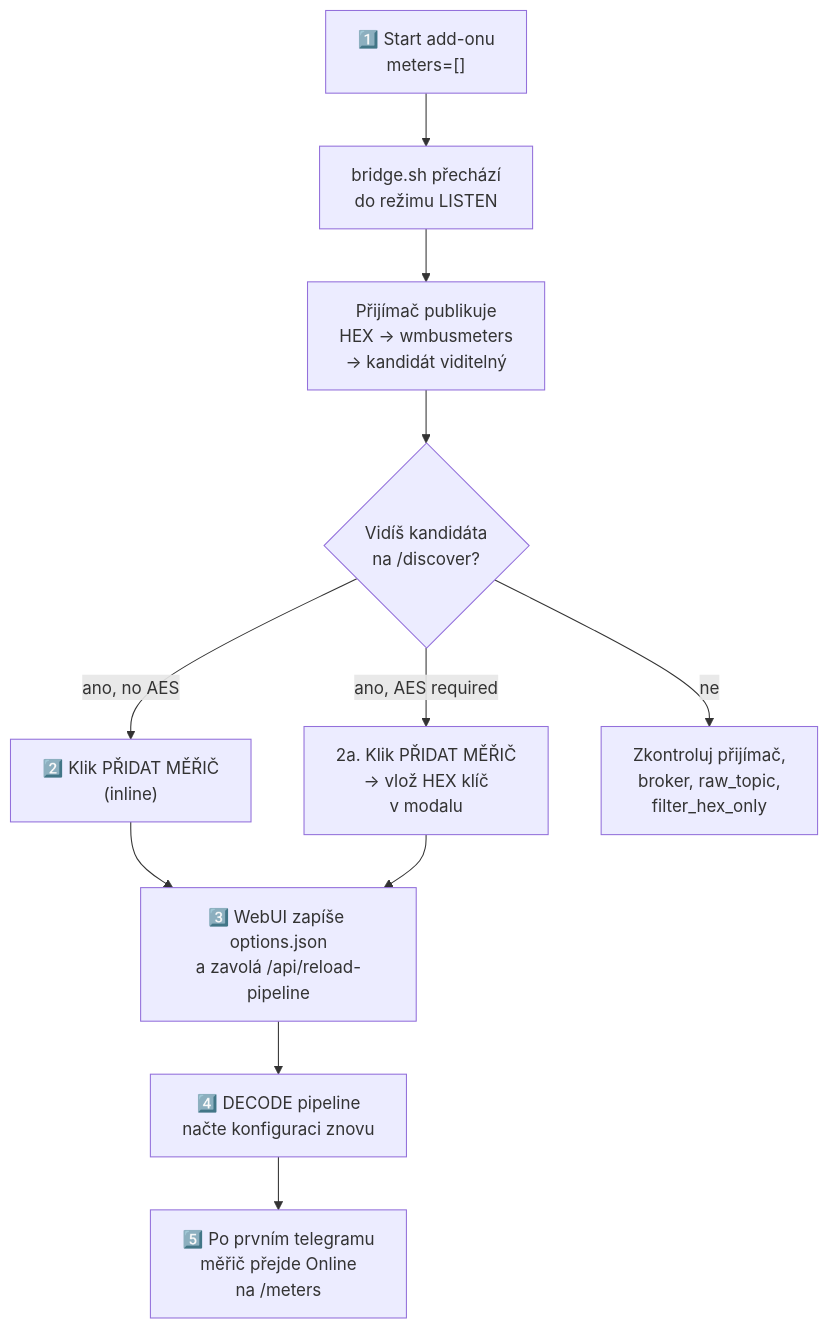
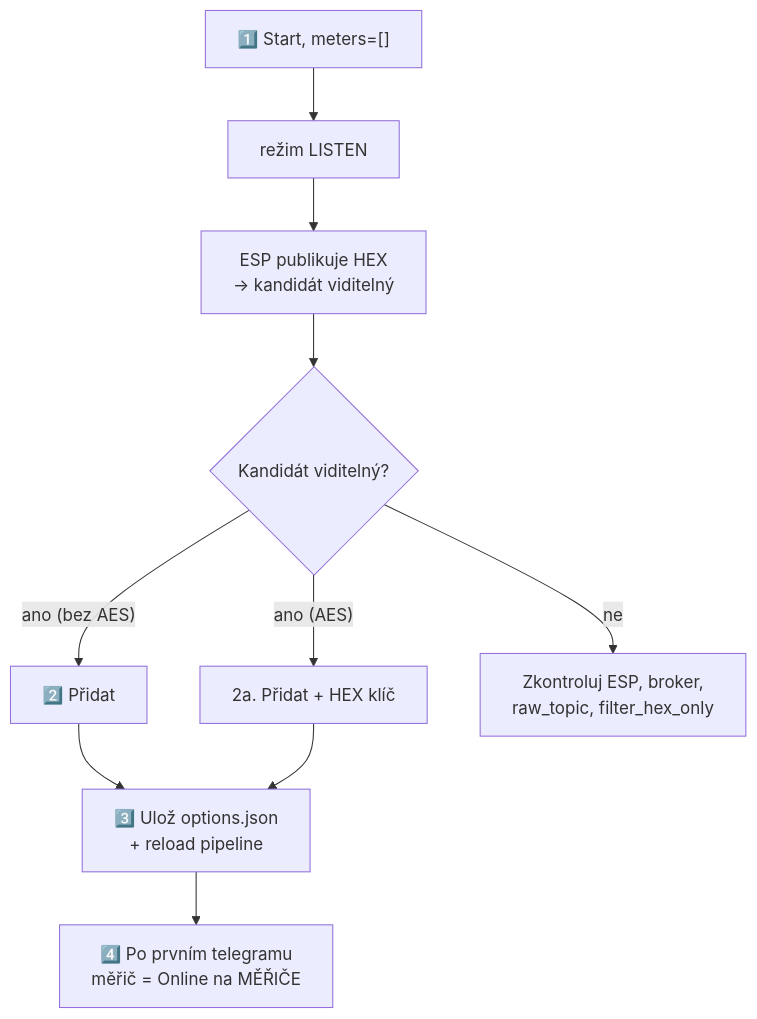
Before and after one commit to Kustonium/homeassistant-wmbus-mqtt-bridge-dev: the second of 2 diagrams in docs/README.cs.md, drawn with Mermaid. The commit also changed other lines of this file and 4 other files, not shown here.

First line of the commit message:
docs: slim README.{en,de,cs,sk} to user guides; link ARCHITECTURE.md from root

````diff
--- a/docs/README.cs.md
+++ b/docs/README.cs.md
@@ -321,13 +159,12 @@
 ```mermaid
 flowchart TD
-  A["1️⃣ Start add-onu<br/>meters=[]"] --> B["bridge.sh přechází<br/>do režimu LISTEN"]
-  B --> C["Přijímač publikuje<br/>HEX → wmbusmeters<br/>→ kandidát viditelný"]
-  C --> D{"Vidíš kandidáta<br/>na /discover?"}
-  D -- "ano, no AES" --> E["2️⃣ Klik PŘIDAT MĚŘIČ<br/>(inline)"]
-  D -- "ano, AES required" --> F["2a. Klik PŘIDAT MĚŘIČ<br/>→ vlož HEX klíč<br/>v modalu"]
-  D -- "ne" --> G["Zkontroluj přijímač,<br/>broker, raw_topic,<br/>filter_hex_only"]
-  E --> H["3️⃣ WebUI zapíše options.json<br/>a zavolá /api/reload-pipeline"]
+  A["1️⃣ Start, meters=[]"] --> B["režim LISTEN"]
+  B --> C["ESP publikuje HEX<br/>→ kandidát viditelný"]
+  C --> D{"Kandidát viditelný?"}
+  D -- "ano (bez AES)" --> E["2️⃣ Přidat"]
+  D -- "ano (AES)" --> F["2a. Přidat + HEX klíč"]
+  D -- "ne" --> G["Zkontroluj ESP, broker,<br/>raw_topic, filter_hex_only"]
+  E --> H["3️⃣ Ulož options.json<br/>+ reload pipeline"]
   F --> H
-  H --> I["4️⃣ DECODE pipeline<br/>načte konfiguraci znovu"]
-  I --> J["5️⃣ Po prvním telegramu<br/>měřič přejde Online<br/>na /meters"]
+  H --> I["4️⃣ Po prvním telegramu<br/>měřič = Online na MĚŘIČE"]
 ```
````
